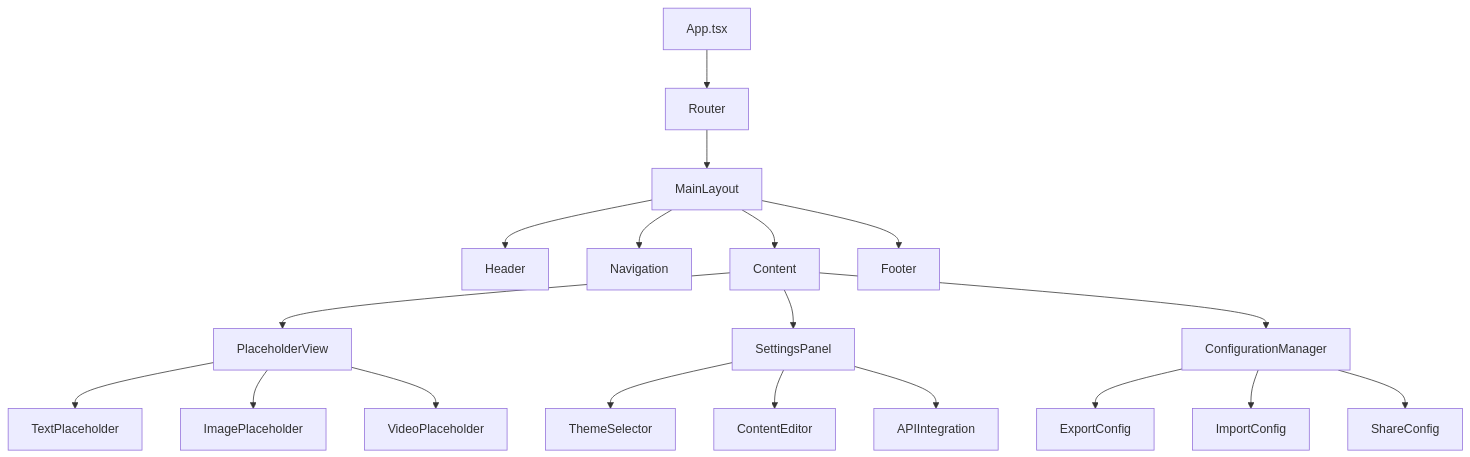
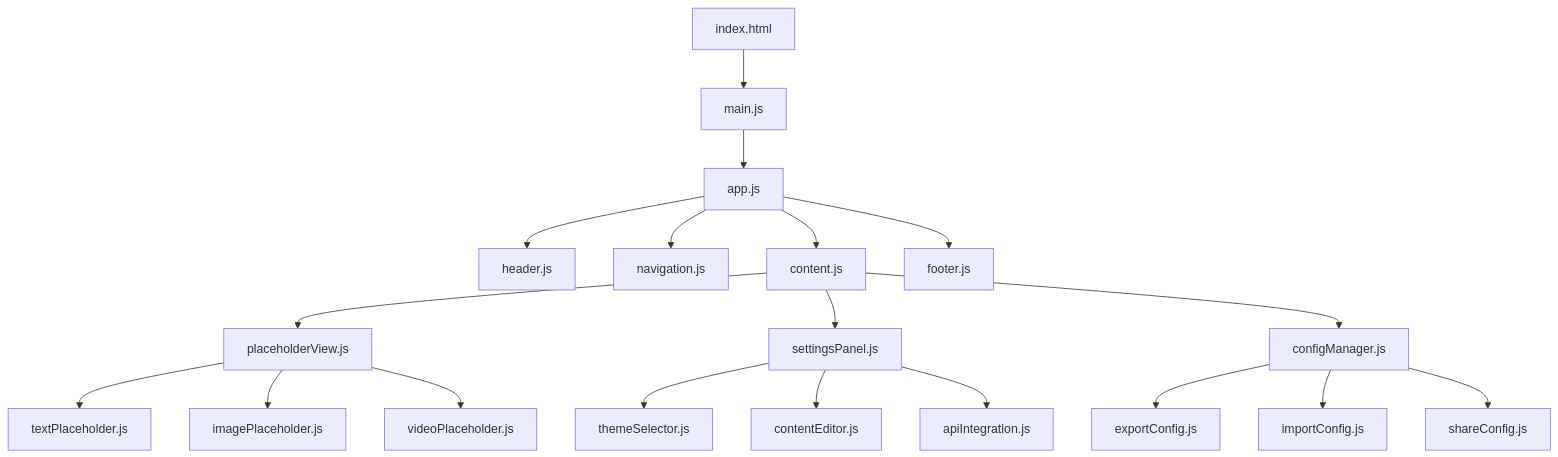
Before and after one commit to graf4ik322/TempSNI: the second of 11 diagrams in ARCHITECTURE_DIAGRAMS.md, drawn with Mermaid. The commit also changed other lines of this file and 5 other files, not shown here.

````diff
--- a/ARCHITECTURE_DIAGRAMS.md
+++ b/ARCHITECTURE_DIAGRAMS.md
@@ -31,25 +31,25 @@
 ```mermaid
 graph TD
-    A[App.tsx] --> B[Router]
-    B --> C[MainLayout]
-    C --> D[Header]
-    C --> E[Navigation]
-    C --> F[Content]
-    C --> G[Footer]
+    A[index.html] --> B[main.js]
+    B --> C[app.js]
+    C --> D[header.js]
+    C --> E[navigation.js]
+    C --> F[content.js]
+    C --> G[footer.js]
     
-    F --> H[PlaceholderView]
-    F --> I[SettingsPanel]
-    F --> J[ConfigurationManager]
+    F --> H[placeholderView.js]
+    F --> I[settingsPanel.js]
+    F --> J[configManager.js]
     
-    H --> K[TextPlaceholder]
-    H --> L[ImagePlaceholder]
-    H --> M[VideoPlaceholder]
+    H --> K[textPlaceholder.js]
+    H --> L[imagePlaceholder.js]
+    H --> M[videoPlaceholder.js]
     
-    I --> N[ThemeSelector]
-    I --> O[ContentEditor]
-    I --> P[APIIntegration]
+    I --> N[themeSelector.js]
+    I --> O[contentEditor.js]
+    I --> P[apiIntegration.js]
     
-    J --> Q[ExportConfig]
-    J --> R[ImportConfig]
-    J --> S[ShareConfig]
+    J --> Q[exportConfig.js]
+    J --> R[importConfig.js]
+    J --> S[shareConfig.js]
 ```
````
